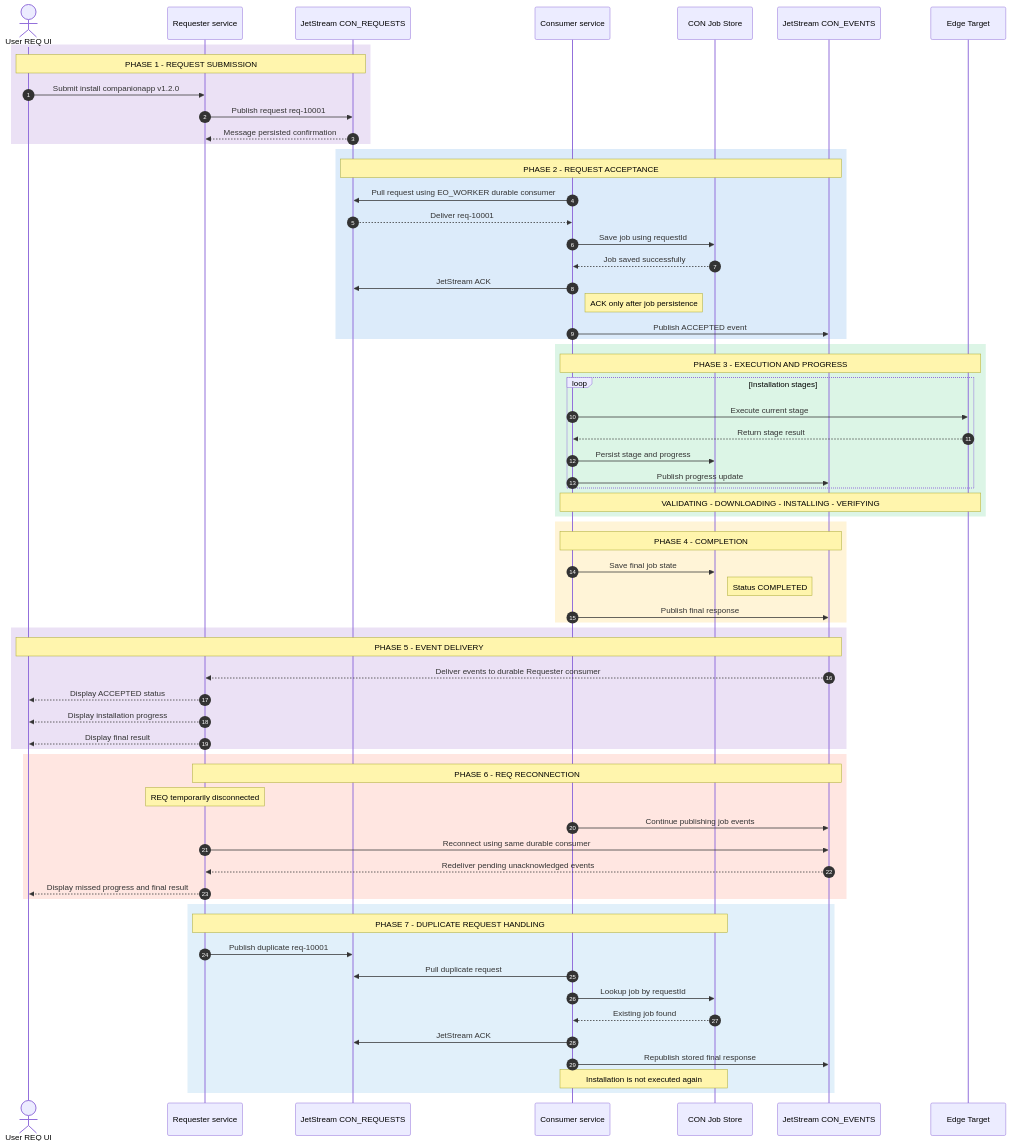
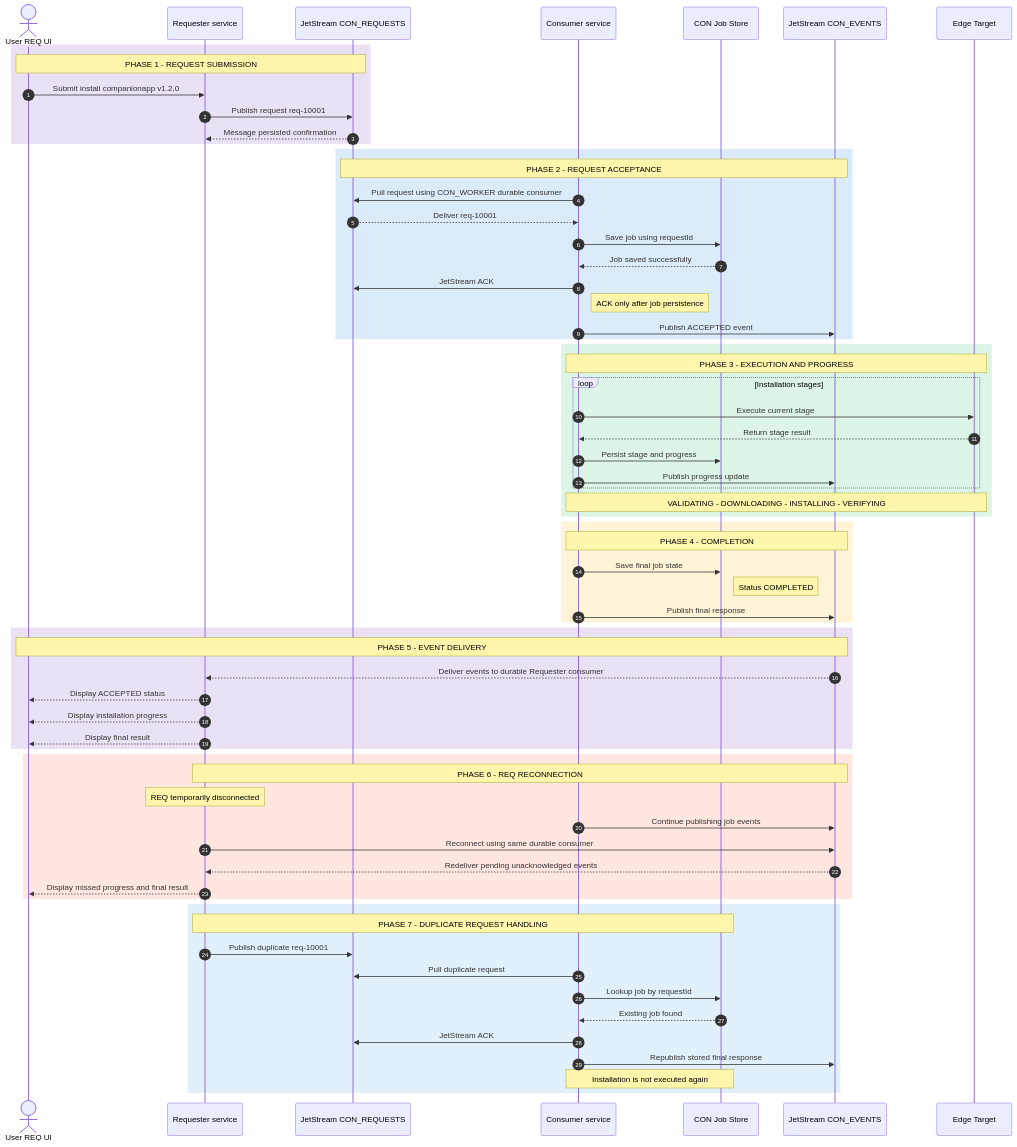
The diagram in README.md (Yajoshi/go_Nats_streaming), drawn with Mermaid before and after one commit. The commit also changed other lines of this file and 2 other files, not shown here.

````diff
--- a/README.md
+++ b/README.md
@@ -140,75 +140,75 @@
 ```mermaid
 sequenceDiagram
     autonumber
     actor U as User REQ UI
     participant F as Requester service
     participant R as JetStream CON_REQUESTS
     participant E as Consumer service
     participant J as CON  Job Store
     participant S as JetStream CON_EVENTS
     participant T as Edge Target
 
     rect rgb(235,225,245)
         Note over U,R: PHASE 1 - REQUEST SUBMISSION
         U->>F: Submit install companionapp v1.2.0
         F->>R: Publish request req-10001
         R-->>F: Message persisted confirmation
     end
 
     rect rgb(220,235,250)
         Note over R,S: PHASE 2 - REQUEST ACCEPTANCE
-        E->>R: Pull request using EO_WORKER durable consumer
+        E->>R: Pull request using CON_WORKER durable consumer
         R-->>E: Deliver req-10001
         E->>J: Save job using requestId
         J-->>E: Job saved successfully
         E->>R: JetStream ACK
         Note right of E: ACK only after job persistence
         E->>S: Publish ACCEPTED event
     end
 
     rect rgb(220,245,230)
         Note over E,T: PHASE 3 - EXECUTION AND PROGRESS
         loop Installation stages
             E->>T: Execute current stage
             T-->>E: Return stage result
             E->>J: Persist stage and progress
             E->>S: Publish progress update
         end
         Note over E,T: VALIDATING - DOWNLOADING - INSTALLING - VERIFYING
     end
 
     rect rgb(255,244,215)
         Note over E,S: PHASE 4 - COMPLETION
         E->>J: Save final job state
         Note right of J: Status COMPLETED
         E->>S: Publish final response
     end
 
     rect rgb(235,225,245)
         Note over S,U: PHASE 5 - EVENT DELIVERY
         S-->>F: Deliver events to durable Requester consumer
         F-->>U: Display ACCEPTED status
         F-->>U: Display installation progress
         F-->>U: Display final result
     end
 
     rect rgb(255,230,225)
         Note over F,S: PHASE 6 - REQ RECONNECTION
         Note over F: REQ temporarily disconnected
         E->>S: Continue publishing job events
         F->>S: Reconnect using same durable consumer
         S-->>F: Redeliver pending unacknowledged events
         F-->>U: Display missed progress and final result
     end
 
     rect rgb(225,240,250)
         Note over F,J: PHASE 7 - DUPLICATE REQUEST HANDLING
         F->>R: Publish duplicate req-10001
         E->>R: Pull duplicate request
         E->>J: Lookup job by requestId
         J-->>E: Existing job found
         E->>R: JetStream ACK
         E->>S: Republish stored final response
         Note over E,J: Installation is not executed again
     end
 ```
````
